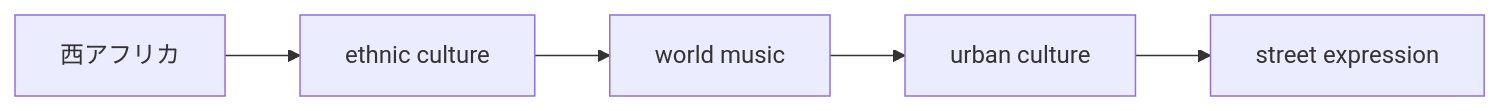
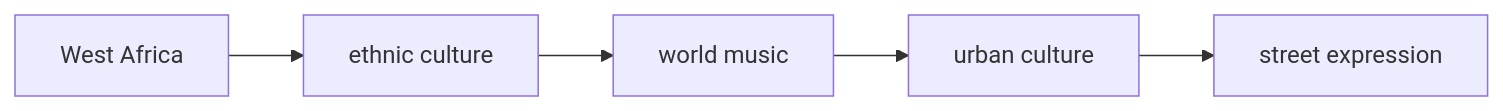
The second of 4 diagrams in en/_posts/2026-03-21-column-asalato.md (monumental-movement/monumental-movement.github.io), drawn with Mermaid before and after one commit. The commit also changed other lines of this file and 851 other files, not shown here.

```diff
--- a/en/_posts/2026-03-21-column-asalato.md
+++ b/en/_posts/2026-03-21-column-asalato.md
@@ -137,7 +137,7 @@
 <div class="mermaid">
 graph LR
-A[西アフリカ] --> B[ethnic culture]
+A[West Africa] --> B[ethnic culture]
 B --> C[world music]
 C --> D[urban culture]
 D --> E[street expression]
 </div>
```
